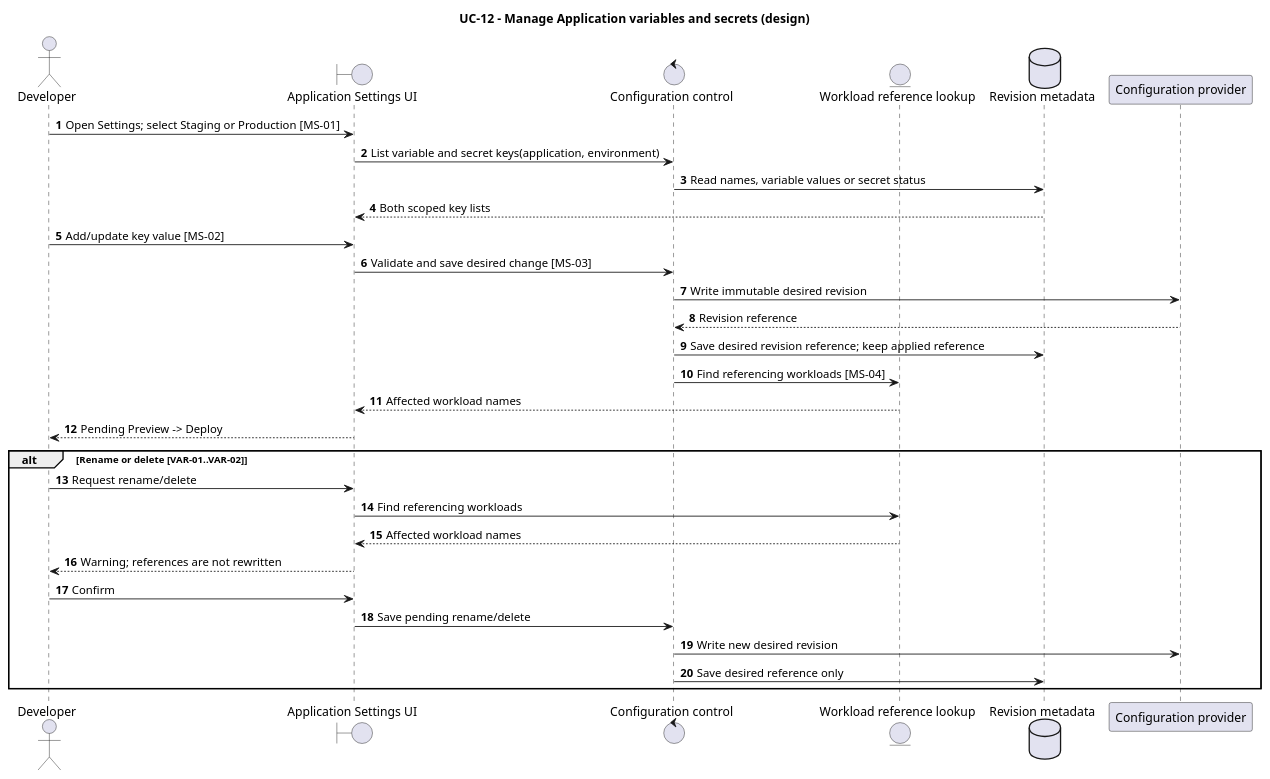
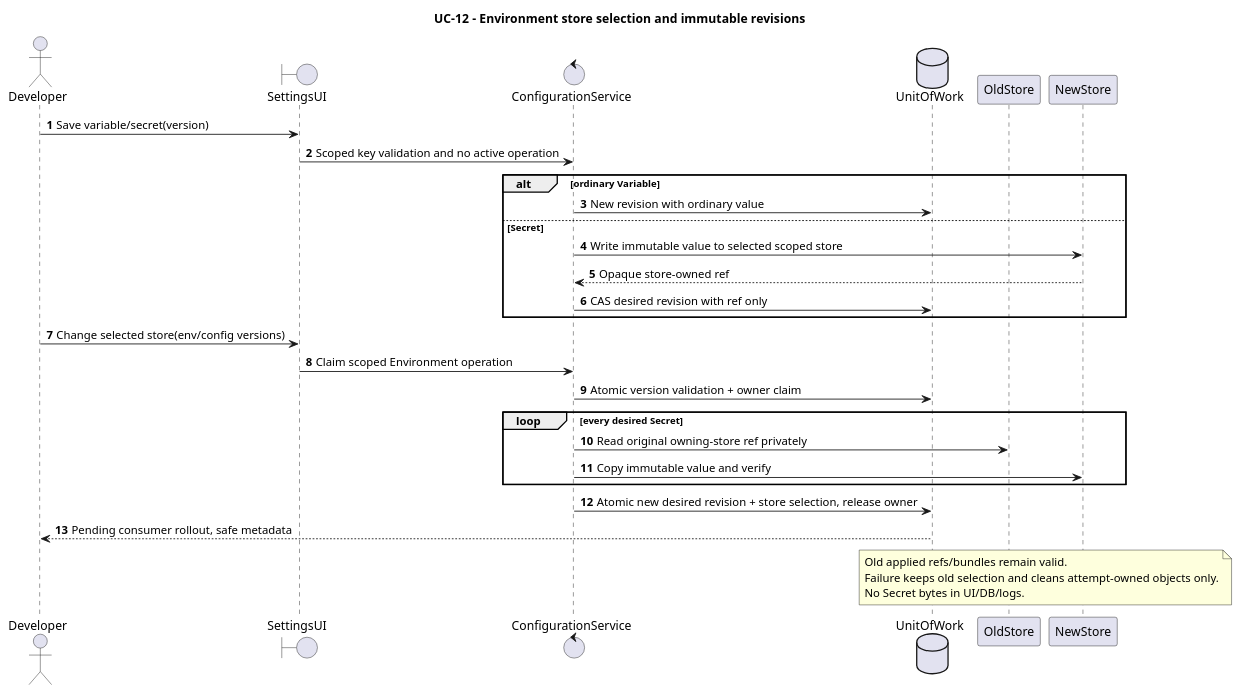
Before and after one commit to pr3s3nt/poc: the diagram in orchestrator_docs/usecase/UC-12/sequence.puml, drawn with PlantUML. The commit also changed 171 other files, not shown here.

Commit message:
feat: checkpoint environment secret stores and target transitions

```diff
--- a/orchestrator_docs/usecase/UC-12/sequence.puml
+++ b/orchestrator_docs/usecase/UC-12/sequence.puml
@@ -1,34 +1,33 @@
 @startuml
-title UC-12 - Manage Application variables and secrets (design)
+title UC-12 - Environment store selection and immutable revisions
 autonumber
 actor Developer as Dev
-boundary "Application Settings UI" as UI
-control "Configuration control" as Config
-entity "Workload reference lookup" as Refs
-database "Revision metadata" as Store
-participant "Configuration provider" as Provider
-
-Dev -> UI: Open Settings; select Staging or Production [MS-01]
-UI -> Config: List variable and secret keys(application, environment)
-Config -> Store: Read names, variable values or secret status
-Store --> UI: Both scoped key lists
-Dev -> UI: Add/update key value [MS-02]
-UI -> Config: Validate and save desired change [MS-03]
-Config -> Provider: Write immutable desired revision
-Provider --> Config: Revision reference
-Config -> Store: Save desired revision reference; keep applied reference
-Config -> Refs: Find referencing workloads [MS-04]
-Refs --> UI: Affected workload names
-UI --> Dev: Pending Preview -> Deploy
-
-alt Rename or delete [VAR-01..VAR-02]
-  Dev -> UI: Request rename/delete
-  UI -> Refs: Find referencing workloads
-  Refs --> UI: Affected workload names
-  UI --> Dev: Warning; references are not rewritten
-  Dev -> UI: Confirm
-  UI -> Config: Save pending rename/delete
-  Config -> Provider: Write new desired revision
-  Config -> Store: Save desired reference only
+boundary SettingsUI as UI
+control ConfigurationService as Config
+database UnitOfWork as DB
+participant OldStore as Old
+participant NewStore as New
+Dev -> UI: Save variable/secret(version)
+UI -> Config: Scoped key validation and no active operation
+alt ordinary Variable
+ Config -> DB: New revision with ordinary value
+else Secret
+ Config -> New: Write immutable value to selected scoped store
+ New --> Config: Opaque store-owned ref
+ Config -> DB: CAS desired revision with ref only
 end
+Dev -> UI: Change selected store(env/config versions)
+UI -> Config: Claim scoped Environment operation
+Config -> DB: Atomic version validation + owner claim
+loop every desired Secret
+ Config -> Old: Read original owning-store ref privately
+ Config -> New: Copy immutable value and verify
+end
+Config -> DB: Atomic new desired revision + store selection, release owner
+DB --> Dev: Pending consumer rollout, safe metadata
+note over Old,New
+Old applied refs/bundles remain valid.
+Failure keeps old selection and cleans attempt-owned objects only.
+No Secret bytes in UI/DB/logs.
+end note
 @enduml
```
